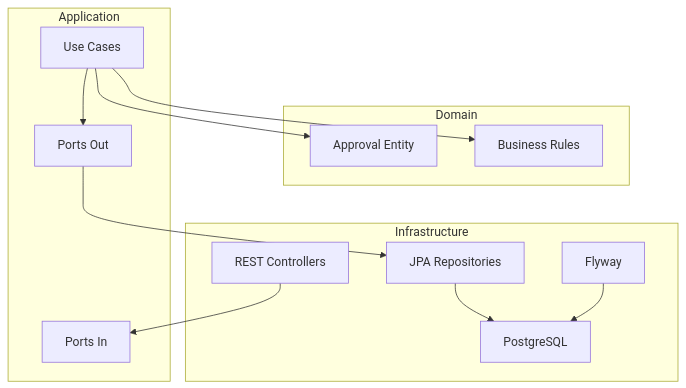
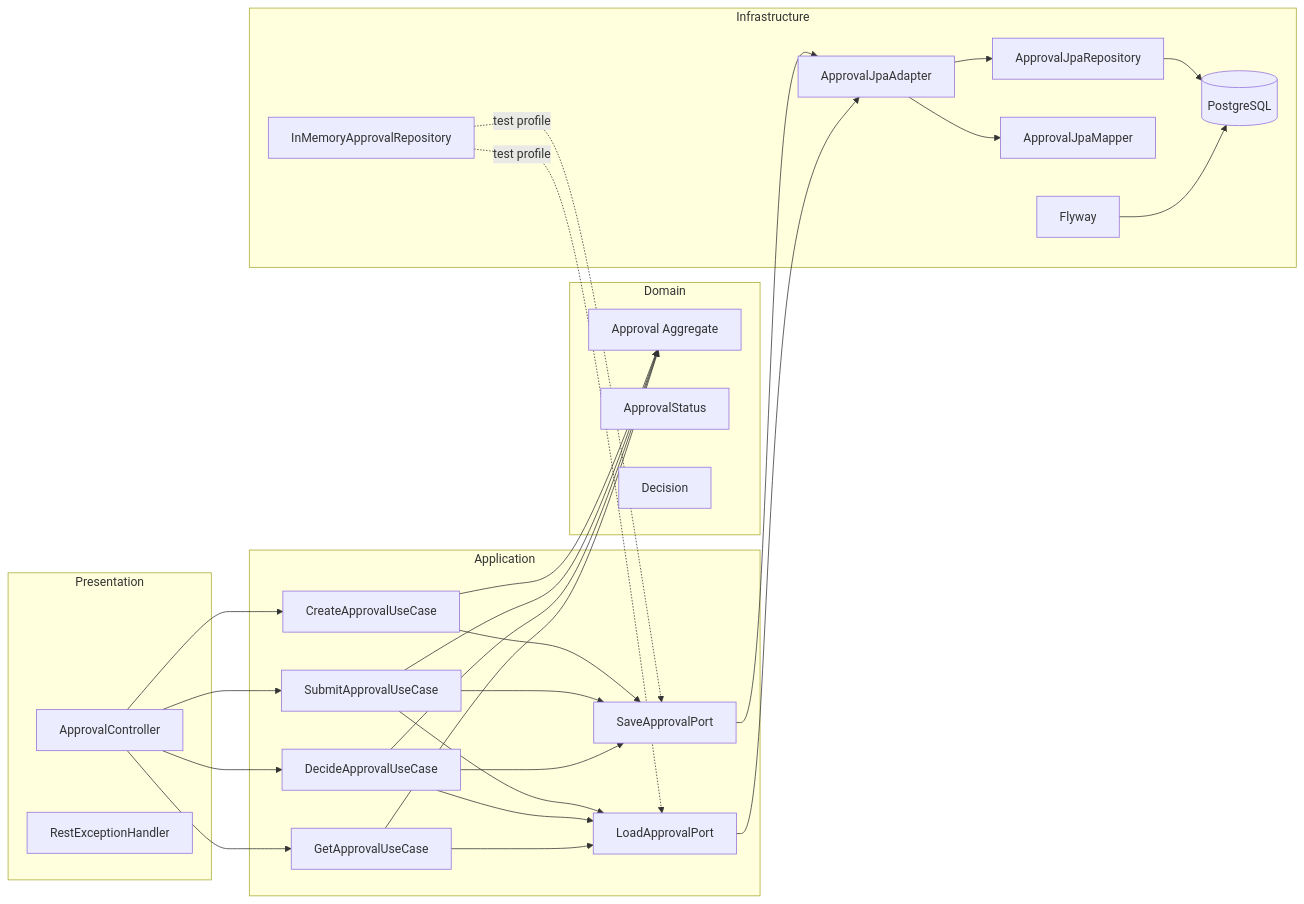
One commit to MykhailoHordiichuk/ApproveFlow changed the diagram in README.md. Above: the diagram before and after it, drawn with Mermaid.

Commit message:
Update architecture diagram in README.mddocs: add detailed hexagonal architecture diagram (mermaid)

````diff
--- a/README.md
+++ b/README.md
@@ -44,29 +44,61 @@
 ```mermaid
-flowchart TB
+flowchart LR
 
-    subgraph Domain
-        D1[Approval Entity]
-        D2[Business Rules]
+    subgraph Presentation
+        REST[ApprovalController]
+        EH[RestExceptionHandler]
     end
 
     subgraph Application
-        A1[Use Cases]
-        A2[Ports In]
-        A3[Ports Out]
+        UC1[CreateApprovalUseCase]
+        UC2[SubmitApprovalUseCase]
+        UC3[DecideApprovalUseCase]
+        UC4[GetApprovalUseCase]
+
+        LP[LoadApprovalPort]
+        SP[SaveApprovalPort]
+    end
+
+    subgraph Domain
+        A[Approval Aggregate]
+        AS[ApprovalStatus]
+        D[Decision]
     end
 
     subgraph Infrastructure
-        I1[REST Controllers]
-        I2[JPA Repositories]
-        I3[PostgreSQL]
-        I4[Flyway]
+        JPA[ApprovalJpaAdapter]
+        IM[InMemoryApprovalRepository]
+        REPO[ApprovalJpaRepository]
+        MAPPER[ApprovalJpaMapper]
+        DB[(PostgreSQL)]
+        FLY[Flyway]
     end
 
-    I1 --> A2
-    A1 --> D1
-    A1 --> D2
-    A1 --> A3
-    A3 --> I2
-    I2 --> I3
-    I4 --> I3
+    REST --> UC1
+    REST --> UC2
+    REST --> UC3
+    REST --> UC4
+
+    UC1 --> SP
+    UC2 --> LP
+    UC2 --> SP
+    UC3 --> LP
+    UC3 --> SP
+    UC4 --> LP
+
+    UC1 --> A
+    UC2 --> A
+    UC3 --> A
+    UC4 --> A
+
+    SP --> JPA
+    LP --> JPA
+
+    JPA --> REPO
+    JPA --> MAPPER
+    REPO --> DB
+    FLY --> DB
+
+    IM -. test profile .-> LP
+    IM -. test profile .-> SP
 ```
````
